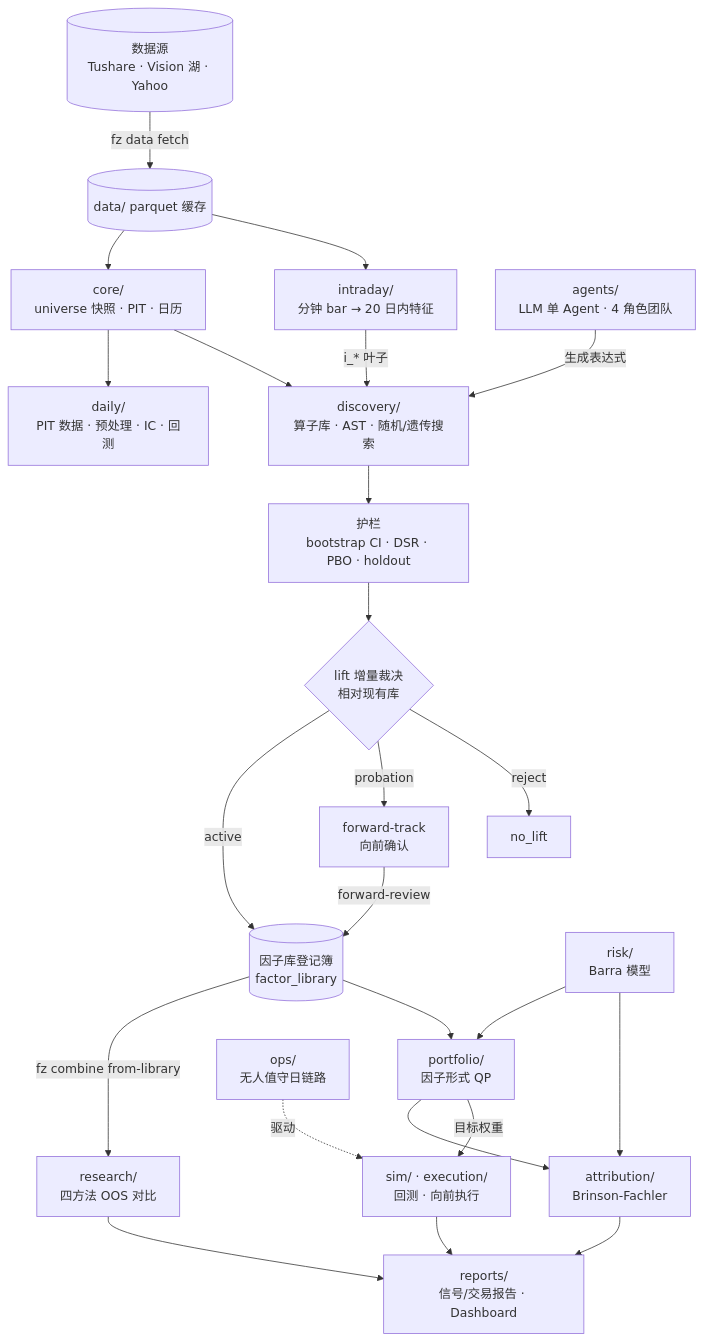
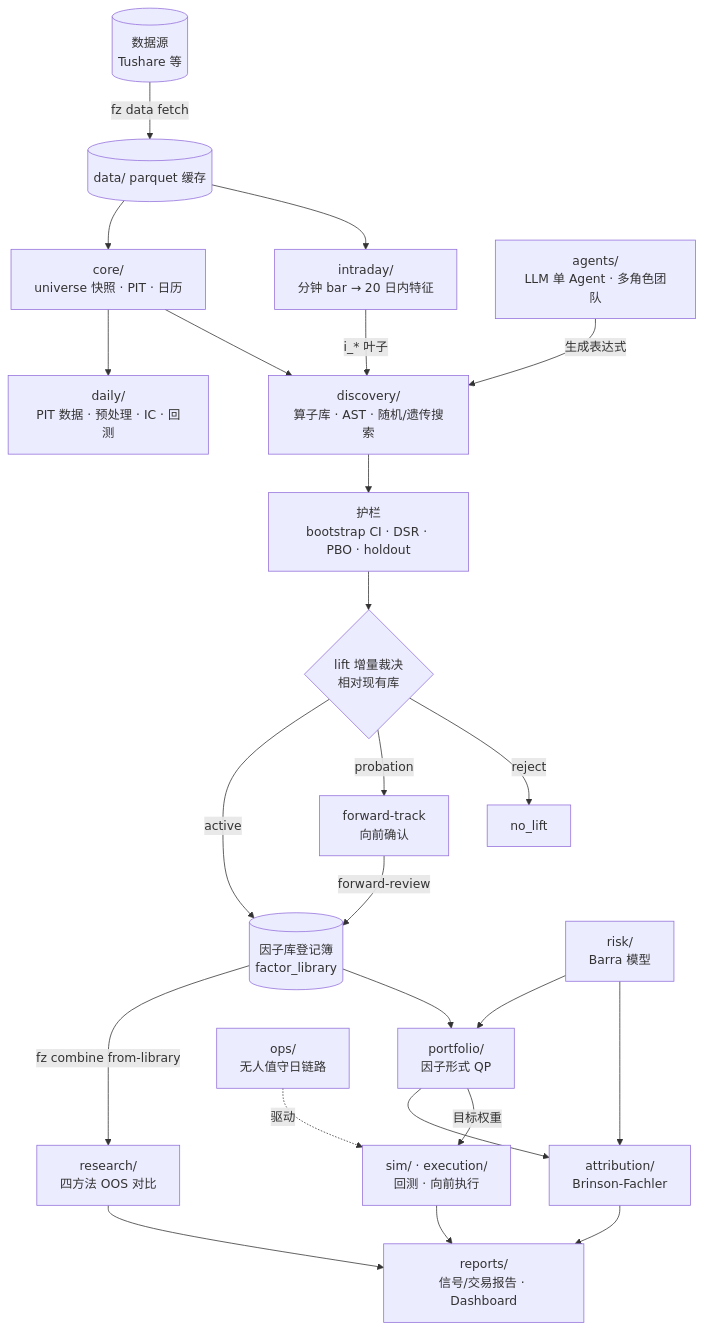
Before and after one commit to rookiewu417/FactorZen: the diagram in docs/concepts/architecture.md, drawn with Mermaid. The commit also changed other lines of this file and 22 other files, not shown here.

````diff
--- a/docs/concepts/architecture.md
+++ b/docs/concepts/architecture.md
@@ -59,31 +59,31 @@
 ```mermaid
 graph TD
-    SRC[("数据源<br/>Tushare · Vision 湖 · Yahoo")] -->|fz data fetch| RAW[("data/ parquet 缓存")]
+    SRC[("数据源<br/>Tushare 等")] -->|fz data fetch| RAW[("data/ parquet 缓存")]
     RAW --> CORE["core/<br/>universe 快照 · PIT · 日历"]
     RAW --> INTRA["intraday/<br/>分钟 bar → 20 日内特征"]
 
     CORE --> DAILY["daily/<br/>PIT 数据 · 预处理 · IC · 回测"]
     INTRA -->|i_* 叶子| DISC
     CORE --> DISC["discovery/<br/>算子库 · AST · 随机/遗传搜索"]
-    AGENTS["agents/<br/>LLM 单 Agent · 4 角色团队"] -->|生成表达式| DISC
+    AGENTS["agents/<br/>LLM 单 Agent · 多角色团队"] -->|生成表达式| DISC
 
     DISC --> GUARD["护栏<br/>bootstrap CI · DSR · PBO · holdout"]
     GUARD --> LIFT{"lift 增量裁决<br/>相对现有库"}
 
     LIFT -->|active| LIB[("因子库登记簿<br/>factor_library")]
     LIFT -->|probation| FWD["forward-track<br/>向前确认"]
     LIFT -->|reject| X["no_lift"]
     FWD -->|forward-review| LIB
 
     LIB -->|fz combine from-library| RES["research/<br/>四方法 OOS 对比"]
     LIB --> PORT["portfolio/<br/>因子形式 QP"]
     RISK["risk/<br/>Barra 模型"] --> PORT
     RISK --> ATTR["attribution/<br/>Brinson-Fachler"]
     PORT --> ATTR
     PORT -->|目标权重| SIM["sim/ · execution/<br/>回测 · 向前执行"]
 
     SIM --> RPT["reports/<br/>信号/交易报告 · Dashboard"]
     ATTR --> RPT
     RES --> RPT
     OPS["ops/<br/>无人值守日链路"] -.驱动.-> SIM
 ```
````
